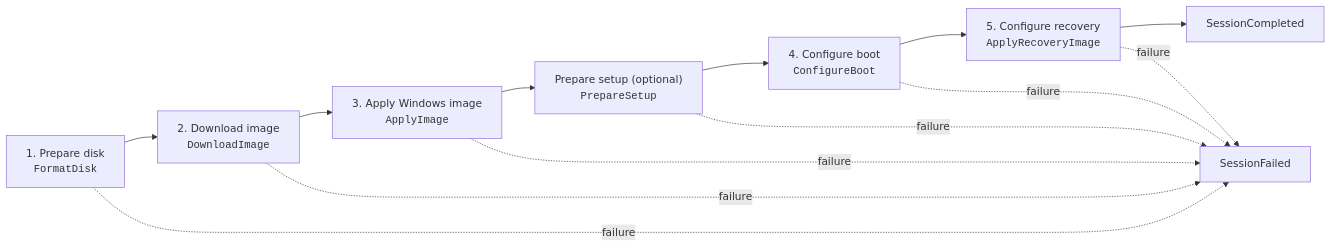
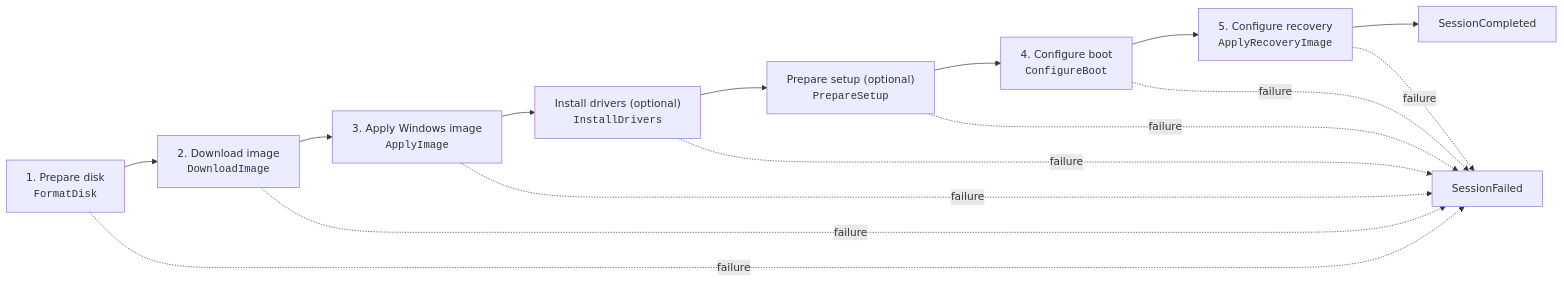
Before and after one commit to MSEndpointMgr/CloudImaging: the second of 2 diagrams in docs/session-lifecycle.md, drawn with Mermaid. The commit also changed other lines of this file and 343 other files, not shown here.

````diff
--- a/docs/session-lifecycle.md
+++ b/docs/session-lifecycle.md
@@ -81,16 +81,18 @@
 ```mermaid
 flowchart LR
     Format["1. Prepare disk<br/><code>FormatDisk</code>"] --> Download["2. Download image<br/><code>DownloadImage</code>"]
     Download --> Apply["3. Apply Windows image<br/><code>ApplyImage</code>"]
-    Apply --> Prepare["Prepare setup (optional)<br/><code>PrepareSetup</code>"]
+    Apply --> Drivers["Install drivers (optional)<br/><code>InstallDrivers</code>"]
+    Drivers --> Prepare["Prepare setup (optional)<br/><code>PrepareSetup</code>"]
     Prepare --> Boot["4. Configure boot<br/><code>ConfigureBoot</code>"]
     Boot --> Recovery["5. Configure recovery<br/><code>ApplyRecoveryImage</code>"]
     Recovery --> Complete["SessionCompleted"]
 
     Format -. failure .-> Failed["SessionFailed"]
     Download -. failure .-> Failed
     Apply -. failure .-> Failed
+    Drivers -. failure .-> Failed
     Prepare -. failure .-> Failed
     Boot -. failure .-> Failed
     Recovery -. failure .-> Failed
 ```
````
